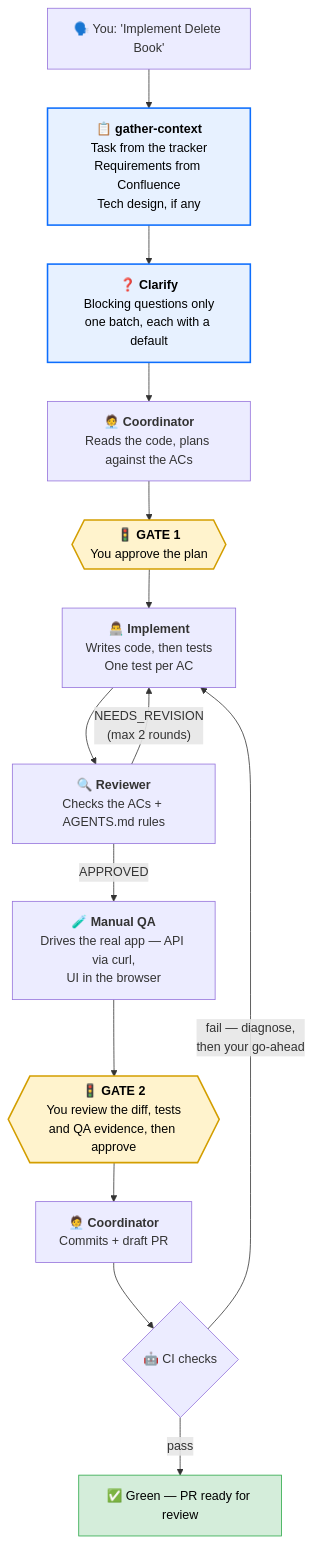
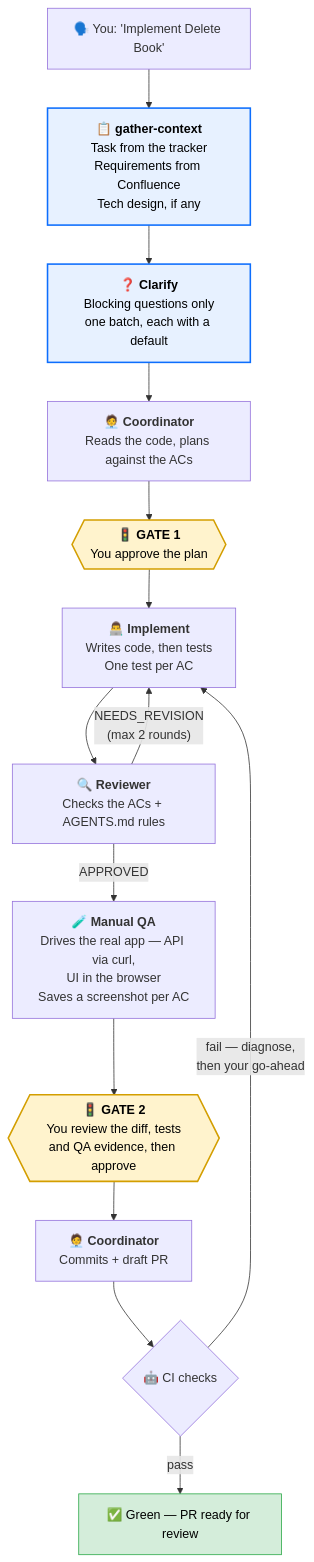
Before and after one commit to ihor-shndr/api-template-dotnet: the diagram in README.md, drawn with Mermaid. The commit also changed other lines of this file and 8 other files, not shown here.

````diff
--- a/README.md
+++ b/README.md
@@ -31,28 +31,28 @@
 ```mermaid
 flowchart TD
     You["🗣️ You: 'Implement Delete Book'"]
     Ctx["📋 <b>gather-context</b><br/>Task from the tracker<br/>Requirements from Confluence<br/>Tech design, if any"]
     Ask["❓ <b>Clarify</b><br/>Blocking questions only<br/>one batch, each with a default"]
     Plan["🧑‍💼 <b>Coordinator</b><br/>Reads the code, plans against the ACs"]
     Gate1{{"🚦 <b>GATE 1</b><br/>You approve the plan"}}
     Impl["👨‍💻 <b>Implement</b><br/>Writes code, then tests<br/>One test per AC"]
     Review["🔍 <b>Reviewer</b><br/>Checks the ACs + AGENTS.md rules"]
-    QA["🧪 <b>Manual QA</b><br/>Drives the real app — API via curl,<br/>UI in the browser"]
+    QA["🧪 <b>Manual QA</b><br/>Drives the real app — API via curl,<br/>UI in the browser<br/>Saves a screenshot per AC"]
     Gate2{{"🚦 <b>GATE 2</b><br/>You review the diff, tests<br/>and QA evidence, then approve"}}
     Ship["🧑‍💼 <b>Coordinator</b><br/>Commits + draft PR"]
     CI{"🤖 CI checks"}
     Done["✅ Green — PR ready for review"]
 
     You --> Ctx --> Ask --> Plan --> Gate1 --> Impl --> Review
     Review -->|"NEEDS_REVISION<br/>(max 2 rounds)"| Impl
     Review -->|APPROVED| QA
     QA --> Gate2 --> Ship --> CI
     CI -->|pass| Done
     CI -->|"fail — diagnose,<br/>then your go-ahead"| Impl
 
     style Ctx fill:#e7f1ff,stroke:#0d6efd,stroke-width:2px,color:#000
     style Ask fill:#e7f1ff,stroke:#0d6efd,stroke-width:2px,color:#000
     style Gate1 fill:#fff3cd,stroke:#d39e00,stroke-width:2px,color:#000
     style Gate2 fill:#fff3cd,stroke:#d39e00,stroke-width:2px,color:#000
     style Done fill:#d4edda,stroke:#28a745,color:#000
 ```
````
